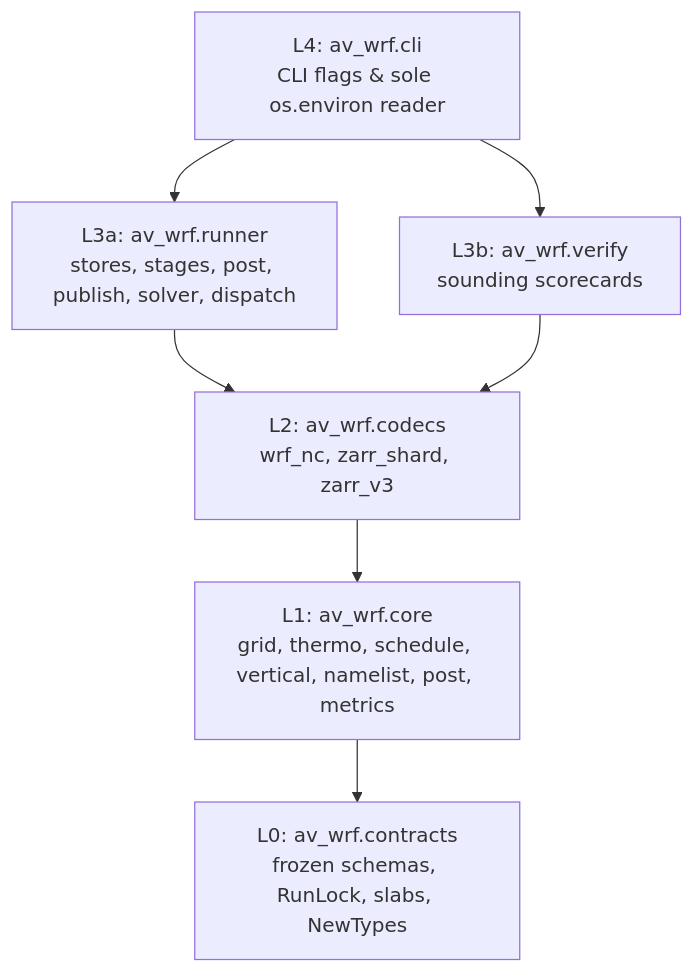
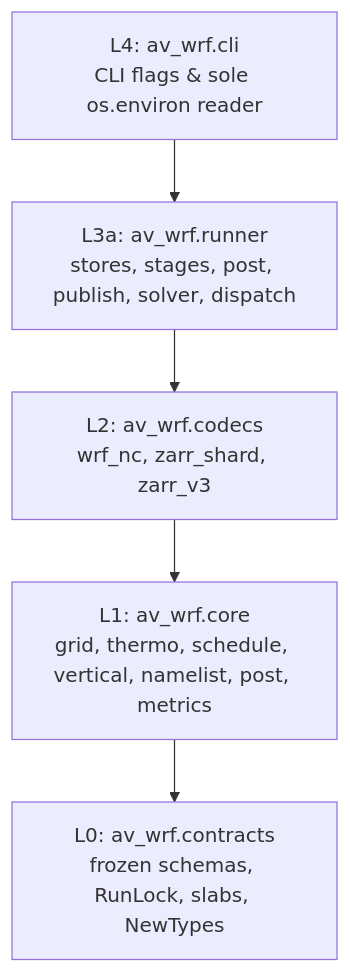
The second of 2 diagrams in docs/architecture.md (jdorrance/av-wrf), drawn with Mermaid before and after one commit. The commit also changed other lines of this file and 55 other files, not shown here.

````diff
--- a/docs/architecture.md
+++ b/docs/architecture.md
@@ -29,9 +29,7 @@
 ```mermaid
 flowchart TB
   cli["L4: av_wrf.cli<br/>CLI flags & sole os.environ reader"] --> runner["L3a: av_wrf.runner<br/>stores, stages, post, publish, solver, dispatch"]
-  cli --> verify["L3b: av_wrf.verify<br/>sounding scorecards"]
   runner --> codecs["L2: av_wrf.codecs<br/>wrf_nc, zarr_shard, zarr_v3"]
-  verify --> codecs
   codecs --> core["L1: av_wrf.core<br/>grid, thermo, schedule, vertical, namelist, post, metrics"]
   core --> contracts["L0: av_wrf.contracts<br/>frozen schemas, RunLock, slabs, NewTypes"]
 ```
````
